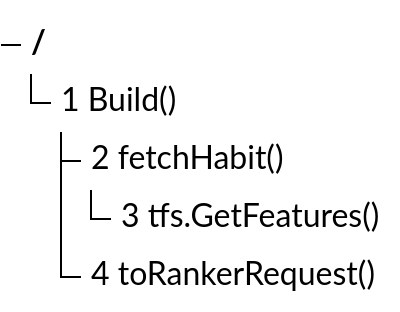
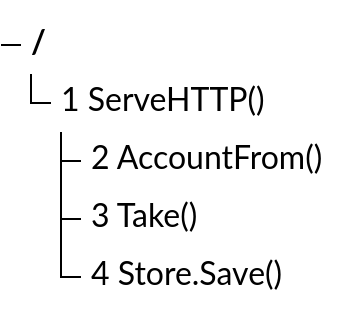
One commit to abhirup-dev/reviewroom changed the third of 5 diagrams in skills/reviewroom/references/visual-formats.md. Above: the diagram before and after it, drawn with Mermaid (forest theme). The commit also changed other lines of this file and 39 other files, not shown here.

````diff
--- a/skills/reviewroom/references/visual-formats.md
+++ b/skills/reviewroom/references/visual-formats.md
@@ -84,7 +87,7 @@
 ```mermaid
 treeView-beta
-  1 Build()
-    2 fetchHabit()
-      3 tfs.GetFeatures()
-    4 toRankerRequest()
+  1 ServeHTTP()
+    2 AccountFrom()
+    3 Take()
+    4 Store.Save()
 ```
````
